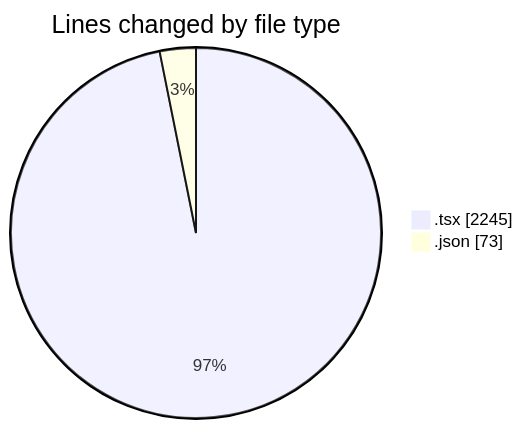
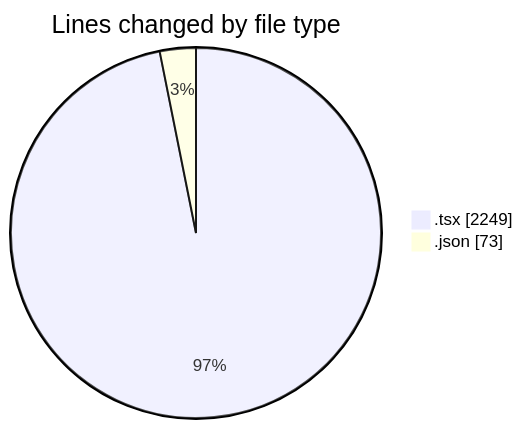
The first of 2 diagrams in 2025-10-02/cda/README.md (momahboobian/code-tracking), drawn with Mermaid before and after one commit. The commit also changed other lines of this file and 1 other file, not shown here.

````diff
--- a/2025-10-02/cda/README.md
+++ b/2025-10-02/cda/README.md
@@ -23,6 +23,6 @@
 ```mermaid
 pie showData
 title Lines changed by file type
-".tsx" : 2245
+".tsx" : 2249
 ".json" : 73
 ```
````
